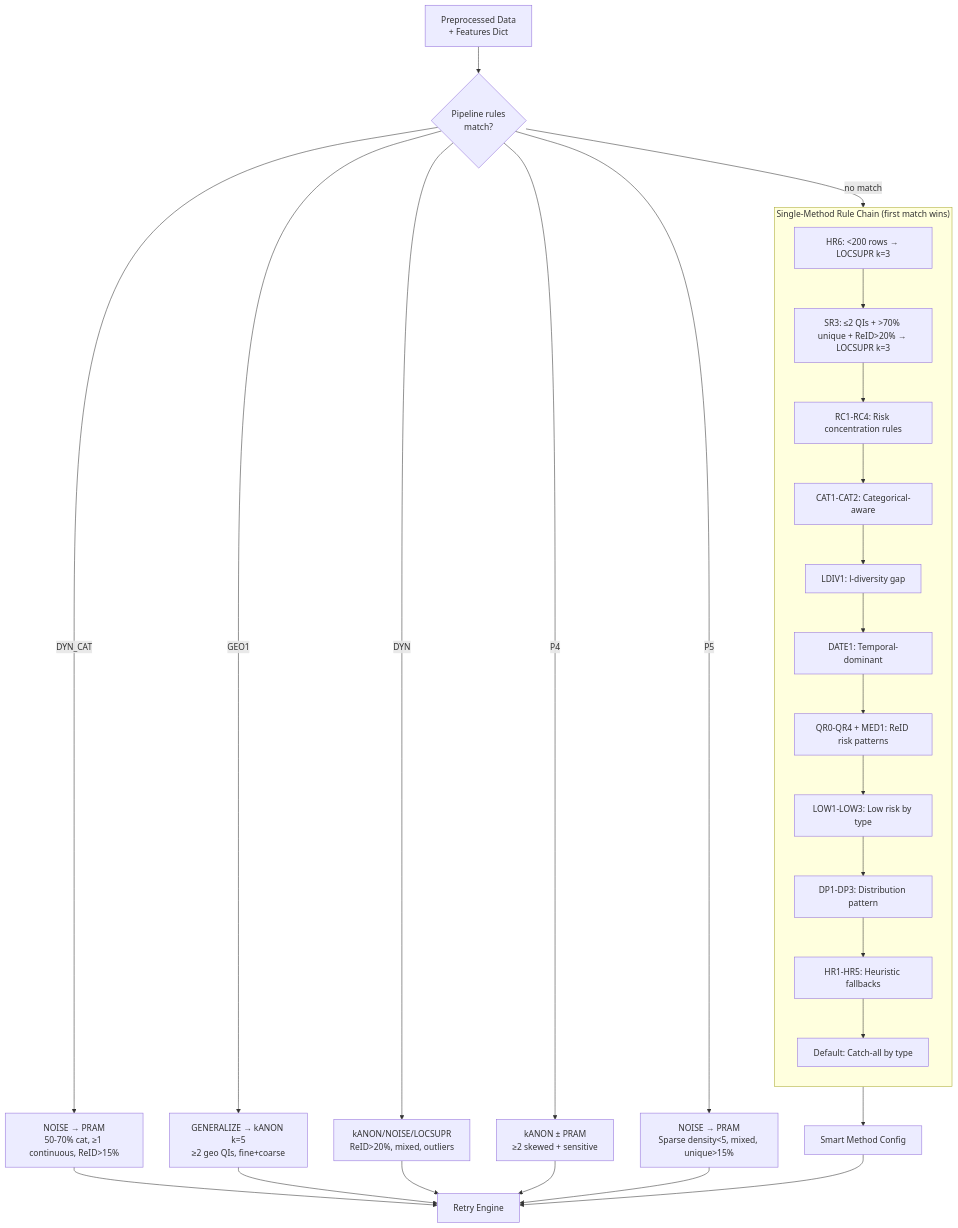
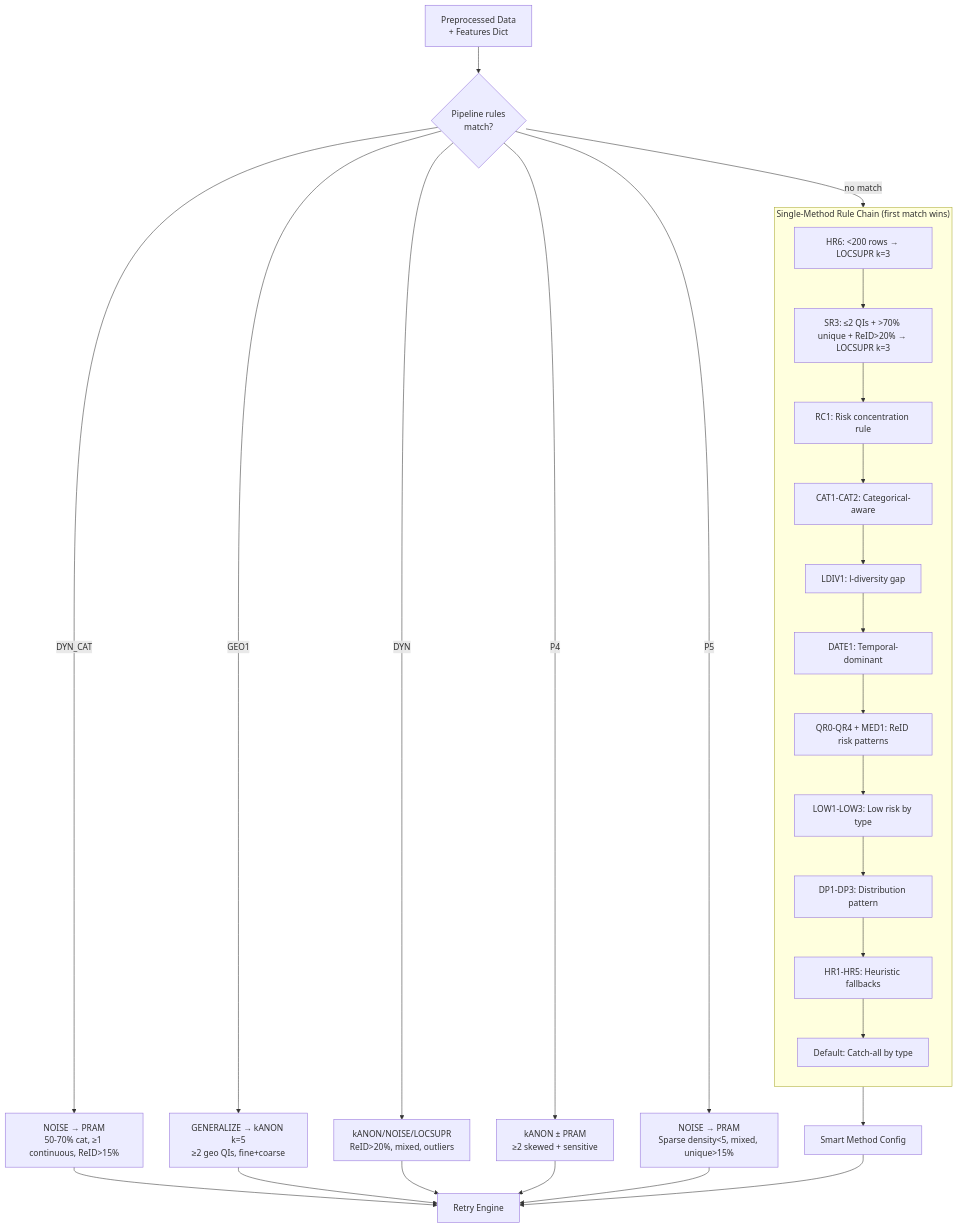
Before and after one commit to emantzoo/sdc_engine: the sixth of 9 diagrams in docs/smart_rules_complete.md, drawn with Mermaid. The commit also changed other lines of this file and 12 other files, not shown here.

````diff
--- a/docs/smart_rules_complete.md
+++ b/docs/smart_rules_complete.md
@@ -413,37 +413,37 @@
 ```mermaid
 flowchart TD
     START[Preprocessed Data<br/>+ Features Dict] --> PIPE{Pipeline rules<br/>match?}
     
     PIPE -->|DYN_CAT| PIPE_DYN_CAT["NOISE → PRAM<br/>50-70% cat, ≥1 continuous, ReID>15%"]
     PIPE -->|GEO1| PIPE_GEO["GENERALIZE → kANON k=5<br/>≥2 geo QIs, fine+coarse"]
     PIPE -->|DYN| PIPE_DYN["kANON/NOISE/LOCSUPR<br/>ReID>20%, mixed, outliers"]
     PIPE -->|P4| PIPE_P4["kANON ± PRAM<br/>≥2 skewed + sensitive"]
     PIPE -->|P5| PIPE_P5["NOISE → PRAM<br/>Sparse density<5, mixed, unique>15%"]
     PIPE -->|no match| RULES
     
     PIPE_DYN_CAT --> ENGINE[Retry Engine]
     PIPE_GEO --> ENGINE
     PIPE_DYN --> ENGINE
     PIPE_P4 --> ENGINE
     PIPE_P5 --> ENGINE
     
     subgraph RULES["Single-Method Rule Chain (first match wins)"]
         direction TB
         R_HR6["HR6: <200 rows → LOCSUPR k=3"]
         R_SR["SR3: ≤2 QIs + >70% unique + ReID>20% → LOCSUPR k=3"]
-        R_RC["RC1-RC4: Risk concentration rules"]
+        R_RC["RC1: Risk concentration rule"]
         R_CAT["CAT1-CAT2: Categorical-aware"]
         R_LDIV["LDIV1: l-diversity gap"]
         R_DATE["DATE1: Temporal-dominant"]
         R_QR["QR0-QR4 + MED1: ReID risk patterns"]
         R_LOW["LOW1-LOW3: Low risk by type"]
         R_DP["DP1-DP3: Distribution pattern"]
         R_HR["HR1-HR5: Heuristic fallbacks"]
         R_DEF["Default: Catch-all by type"]
         
         R_HR6 --> R_SR --> R_RC --> R_CAT --> R_LDIV --> R_DATE --> R_QR --> R_LOW --> R_DP --> R_HR --> R_DEF
     end
     
     RULES --> SMART[Smart Method Config]
     SMART --> ENGINE
 ```
````
